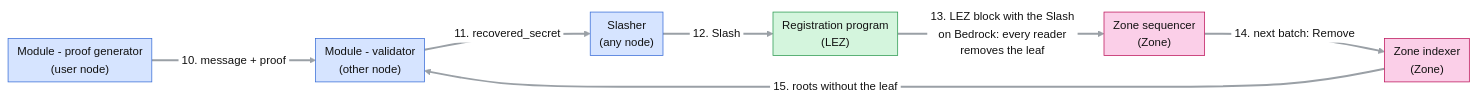
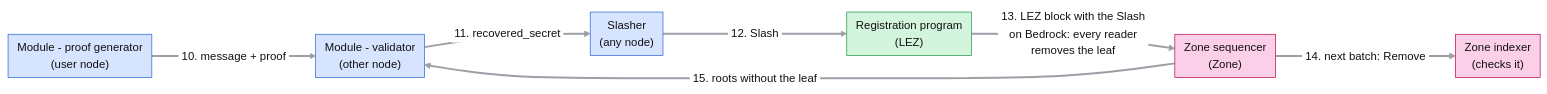
Before and after one commit to logos-co/logos-rln-membership-zone: the second of 10 diagrams in docs/rfc-rln-membership-zone.md, drawn with Mermaid. The commit also changed other lines of this file and 1 other file, not shown here.

Commit message:
docs: the Module reads the Zone sequencer by default, the indexer is the watchdog

````diff
--- a/docs/rfc-rln-membership-zone.md
+++ b/docs/rfc-rln-membership-zone.md
@@ -217,18 +217,18 @@
 ```mermaid
 %%{init: {"theme": "base", "flowchart": {"curve": "basis", "nodeSpacing": 40, "rankSpacing": 70, "padding": 6}, "themeVariables": {"lineColor": "#9aa0a6", "primaryTextColor": "#111111", "edgeLabelBackground": "#ffffff", "fontSize": "15px"}, "themeCSS": "marker { overflow: visible; } .arrowMarkerPath { transform: scale(1.7); transform-origin: 5px 5px; } .edgeLabel, .edgeLabel p, .edgeLabel span { font-size: 12px; line-height: 1.2; }"}}%%
 flowchart LR
     SND["Module - proof generator<br/>(user node)"] -->|"#nbsp;10. message + proof#nbsp;"| VAL["Module - validator<br/>(other node)"]
     VAL -->|"#nbsp;11. recovered_secret#nbsp;"| SL["Slasher<br/>(any node)"]
     SL -->|"#nbsp;12. Slash#nbsp;"| PROG["Registration program<br/>(LEZ)"]
     PROG -->|"#nbsp;13. LEZ block with the Slash#nbsp;<br/>#nbsp;on Bedrock: every reader#nbsp;<br/>#nbsp;removes the leaf#nbsp;"| ZSEQ["Zone sequencer<br/>(Zone)"]
-    ZSEQ -->|"#nbsp;14. next batch: Remove#nbsp;"| IDX["Zone indexer<br/>(Zone)"]
-    IDX -->|"#nbsp;15. roots without the leaf#nbsp;"| VAL
+    ZSEQ -->|"#nbsp;14. next batch: Remove#nbsp;"| IDX["Zone indexer<br/>(checks it)"]
+    ZSEQ -->|"#nbsp;15. roots without the leaf#nbsp;"| VAL
     linkStyle default stroke-width:2.5px
 
     classDef user fill:#d6e4ff,stroke:#3b6fd8,color:#111111
     classDef lez fill:#d4f5dd,stroke:#2e9b52,color:#111111
     classDef zone fill:#fbcfe8,stroke:#be185d,color:#111111
     class SND,VAL,SL user
     class PROG lez
     class ZSEQ,IDX zone
 ```
````
